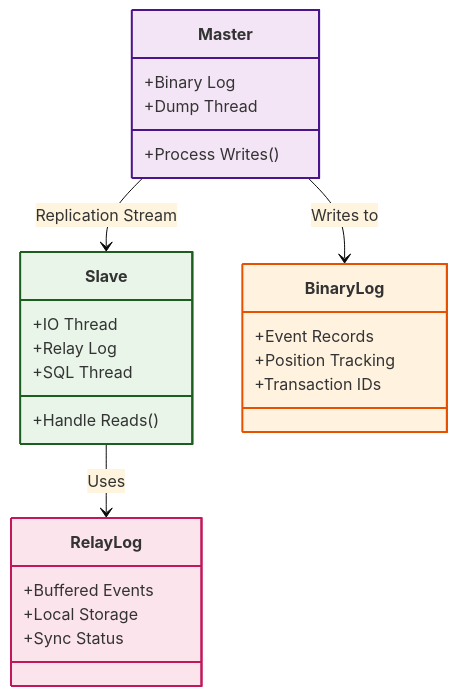
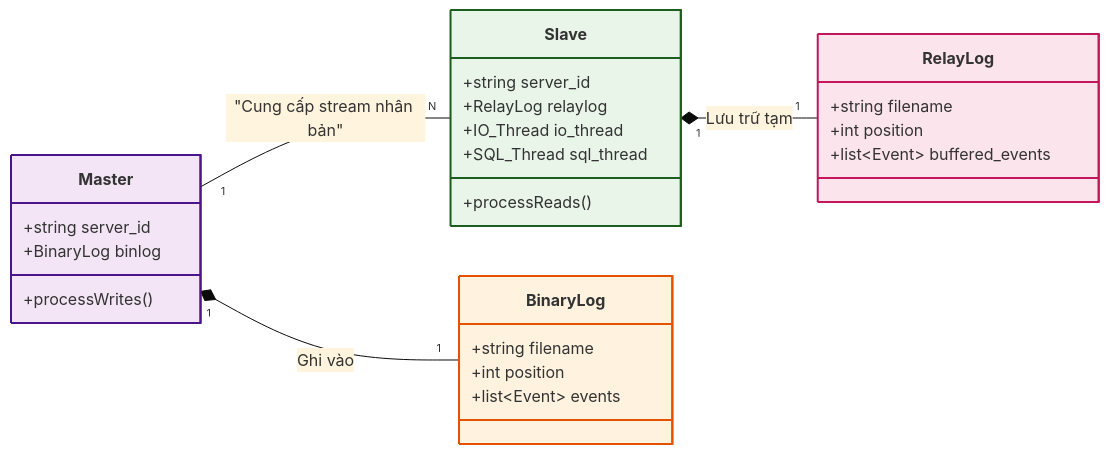
One commit to ngockhanhvd2812/DBA changed the fourth of 8 diagrams in master_slave.md. Above: the diagram before and after it, drawn with Mermaid (base theme). The commit also changed other lines of this file, not shown here.

````diff
--- a/master_slave.md
+++ b/master_slave.md
@@ -136,36 +190,39 @@
 ```mermaid
 classDiagram
+    direction LR
     class Master {
-        +Binary Log
-        +Dump Thread
-        +Process Writes()
+      +string server_id
+      +BinaryLog binlog
+      +processWrites()
     }
     
     class Slave {
-        +IO Thread
-        +Relay Log  
-        +SQL Thread
-        +Handle Reads()
+      +string server_id
+      +RelayLog relaylog
+      +IO_Thread io_thread
+      +SQL_Thread sql_thread
+      +processReads()
     }
     
     class BinaryLog {
-        +Event Records
-        +Position Tracking
-        +Transaction IDs
+      +string filename
+      +int position
+      +list~Event~ events
     }
     
     class RelayLog {
-        +Buffered Events
-        +Local Storage
-        +Sync Status
+      +string filename
+      +int position
+      +list~Event~ buffered_events
     }
     
-    Master --> Slave : Replication Stream
-    Master --> BinaryLog : Writes to
-    Slave --> RelayLog : Uses
-    
+    Master "1" *-- "1" BinaryLog : Ghi vào
+    Slave "1" *-- "1" RelayLog : Lưu trữ tạm
+    Master "1" -- "N" Slave : "Cung cấp stream nhân bản"
+
+    %% Styling
     style Master fill:#f3e5f5,stroke:#4a148c,stroke-width:2px
     style Slave fill:#e8f5e8,stroke:#1b5e20,stroke-width:2px
     style BinaryLog fill:#fff3e0,stroke:#e65100,stroke-width:2px
     style RelayLog fill:#fce4ec,stroke:#c2185b,stroke-width:2px
 ```
````
